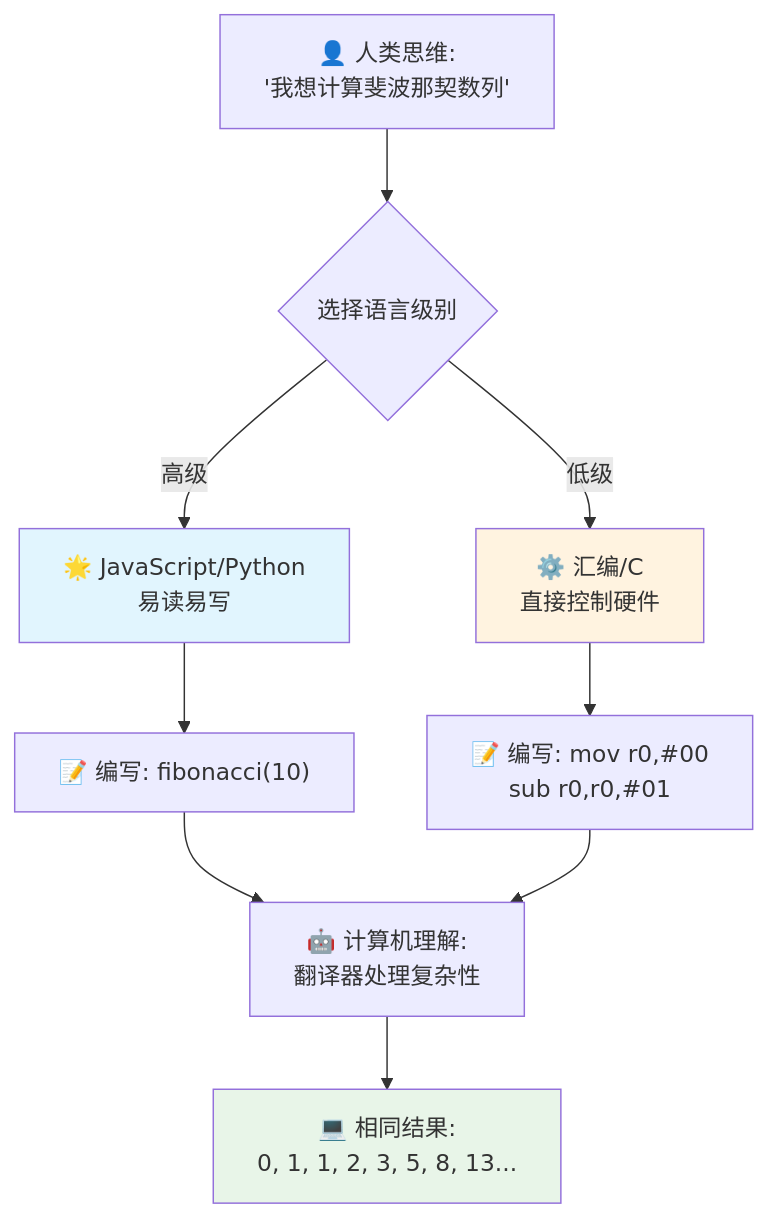
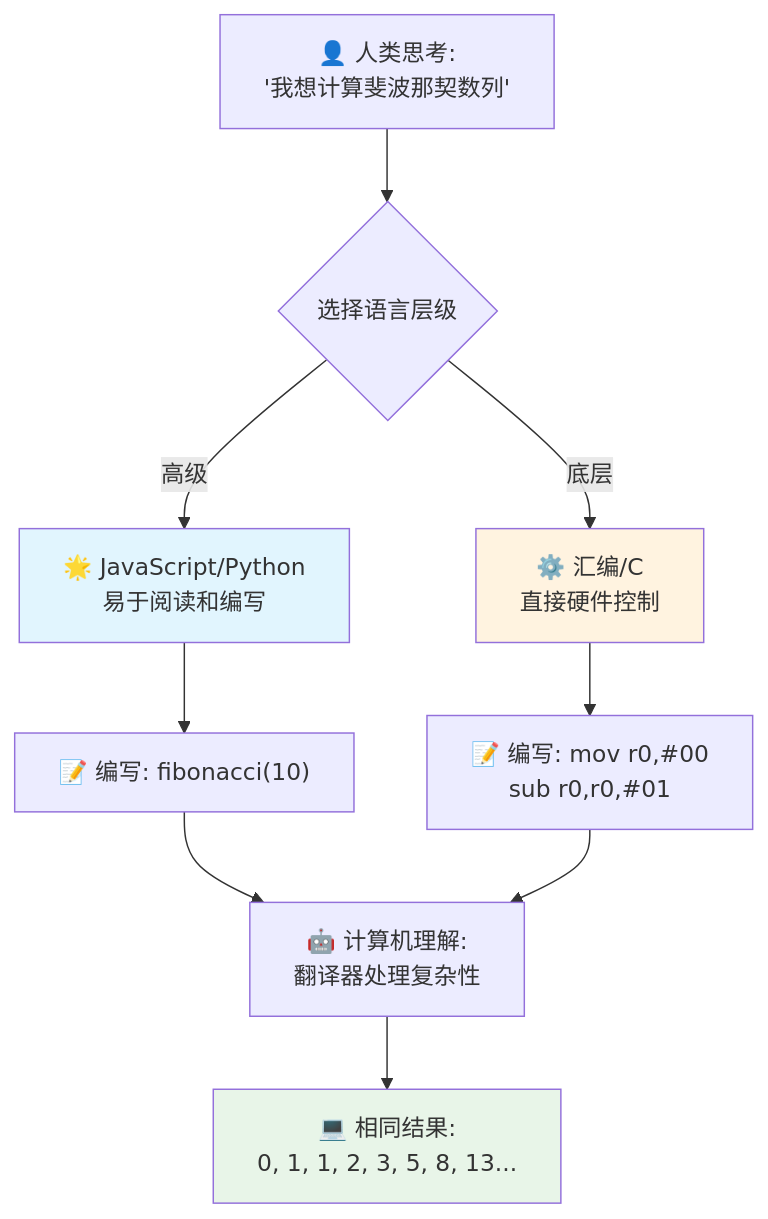
The third of 7 diagrams in translations/zh-CN/1-getting-started-lessons/1-intro-to-programming-languages/README.md (microsoft/Web-Dev-For-Beginners), drawn with Mermaid before and after one commit. The commit also changed other lines of this file and 8 other files, not shown here.

````diff
--- a/translations/zh-CN/1-getting-started-lessons/1-intro-to-programming-languages/README.md
+++ b/translations/zh-CN/1-getting-started-lessons/1-intro-to-programming-languages/README.md
@@ -149,19 +148,19 @@
 ```mermaid
 flowchart TB
-    A["👤 人类思维:<br/>'我想计算斐波那契数列'"] --> B{选择语言级别}
+    A["👤 人类思考:<br/>'我想计算斐波那契数列'"] --> B{选择语言层级}
     
-    B -->|高级| C["🌟 JavaScript/Python<br/>易读易写"]
-    B -->|低级| D["⚙️ 汇编/C<br/>直接控制硬件"]
+    B -->|高级| C["🌟 JavaScript/Python<br/>易于阅读和编写"]
+    B -->|底层| D["⚙️ 汇编/C<br/>直接硬件控制"]
     
     C --> E["📝 编写: fibonacci(10)"]
     D --> F["📝 编写: mov r0,#00<br/>sub r0,r0,#01"]
     
     E --> G["🤖 计算机理解:<br/>翻译器处理复杂性"]
     F --> G
     
     G --> H["💻 相同结果:<br/>0, 1, 1, 2, 3, 5, 8, 13..."]
     
     style C fill:#e1f5fe
     style D fill:#fff3e0
     style H fill:#e8f5e8
 ```
````
